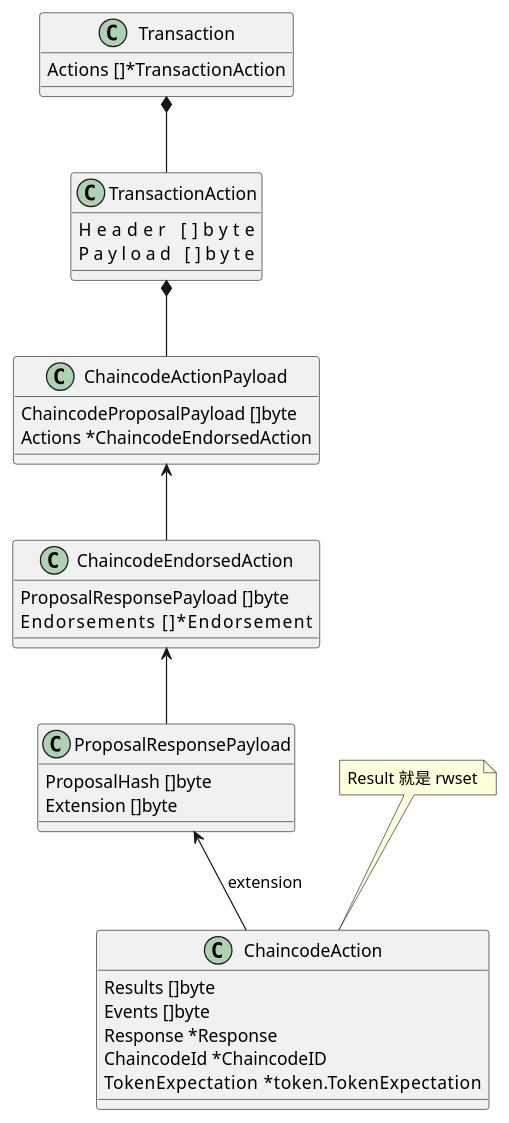
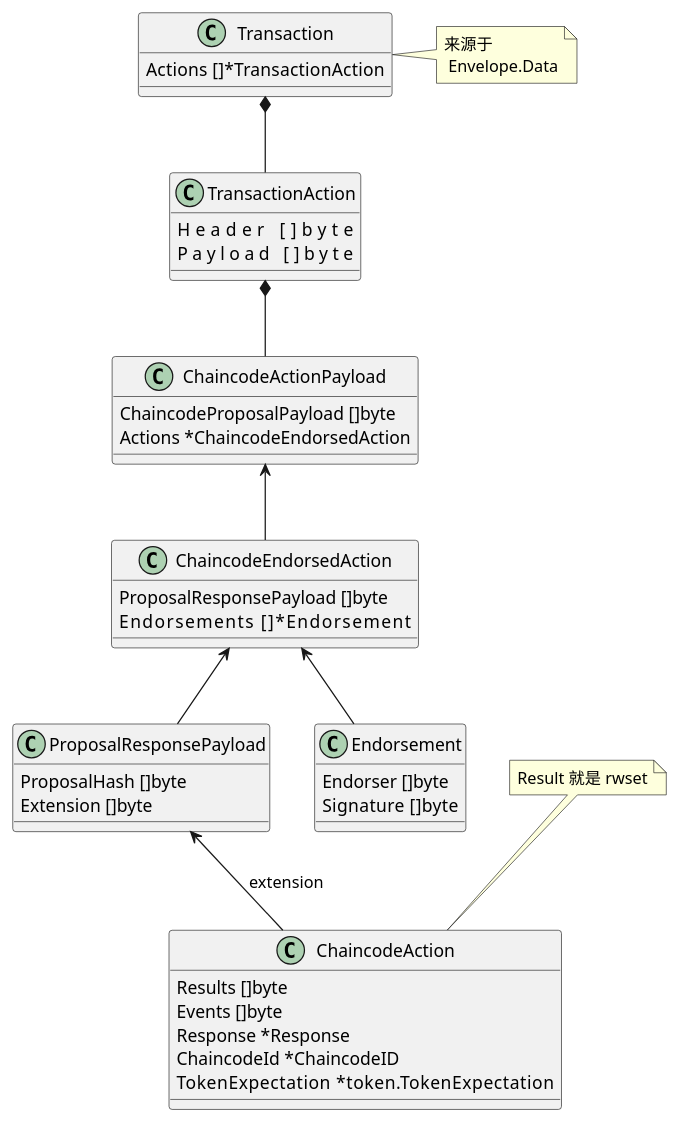
Before and after one commit to ping40/fabric: the diagram in learning/tx.puml, drawn with PlantUML. The commit also changed 34 other files, not shown here.

```diff
--- a/learning/tx.puml
+++ b/learning/tx.puml
@@ -1,45 +1,53 @@
 @startuml
 class Transaction {
   Actions  []*TransactionAction
 }
+
+note right of Transaction : 来源于 \n Envelope.Data
 
 class TransactionAction  {
     Header               []byte
     Payload              []byte
 }
 
 Transaction *-- TransactionAction
 
 class ChaincodeActionPayload {
     ChaincodeProposalPayload []byte
     Actions *ChaincodeEndorsedAction
 }
 
 TransactionAction *-- ChaincodeActionPayload
 
 class ChaincodeEndorsedAction {
     ProposalResponsePayload []byte
     Endorsements         []*Endorsement
 }
 
 ChaincodeActionPayload <--ChaincodeEndorsedAction
 
 class ProposalResponsePayload {
    ProposalHash []byte
    Extension []byte
 }
 ChaincodeEndorsedAction <--ProposalResponsePayload
 
 
 class ChaincodeAction {
 	Results []byte
 	Events []byte
 	Response *Response
 	ChaincodeId *ChaincodeID
 	TokenExpectation     *token.TokenExpectation
 }
 ProposalResponsePayload <--ChaincodeAction : extension
 
 note top of ChaincodeAction : Result 就是 rwset
 
+class Endorsement {
+	Endorser []byte
+	Signature  []byte
+}
+
+ChaincodeEndorsedAction <-- Endorsement
 @enduml
```
